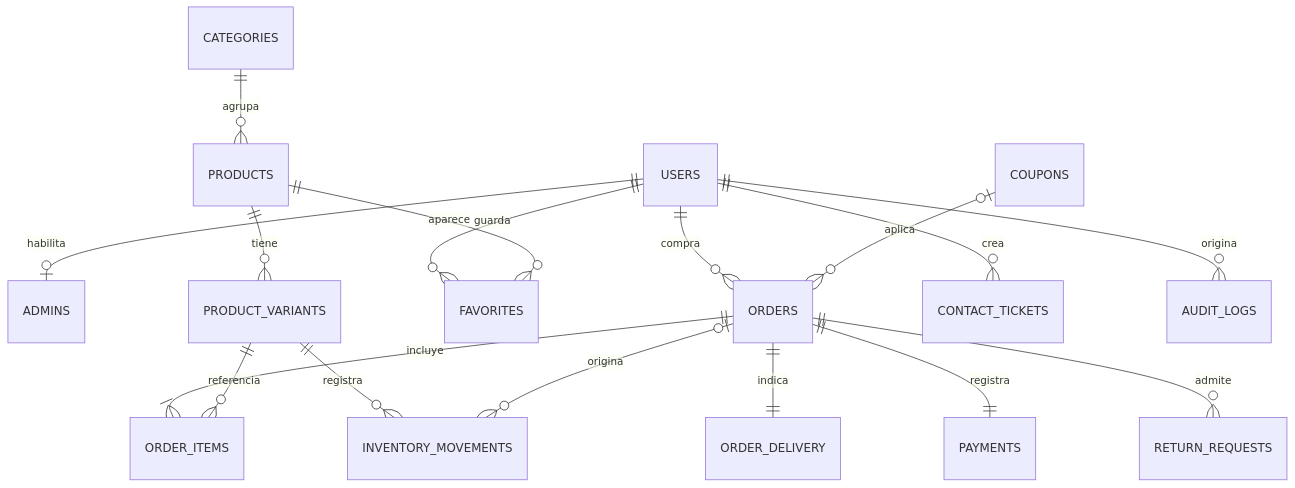
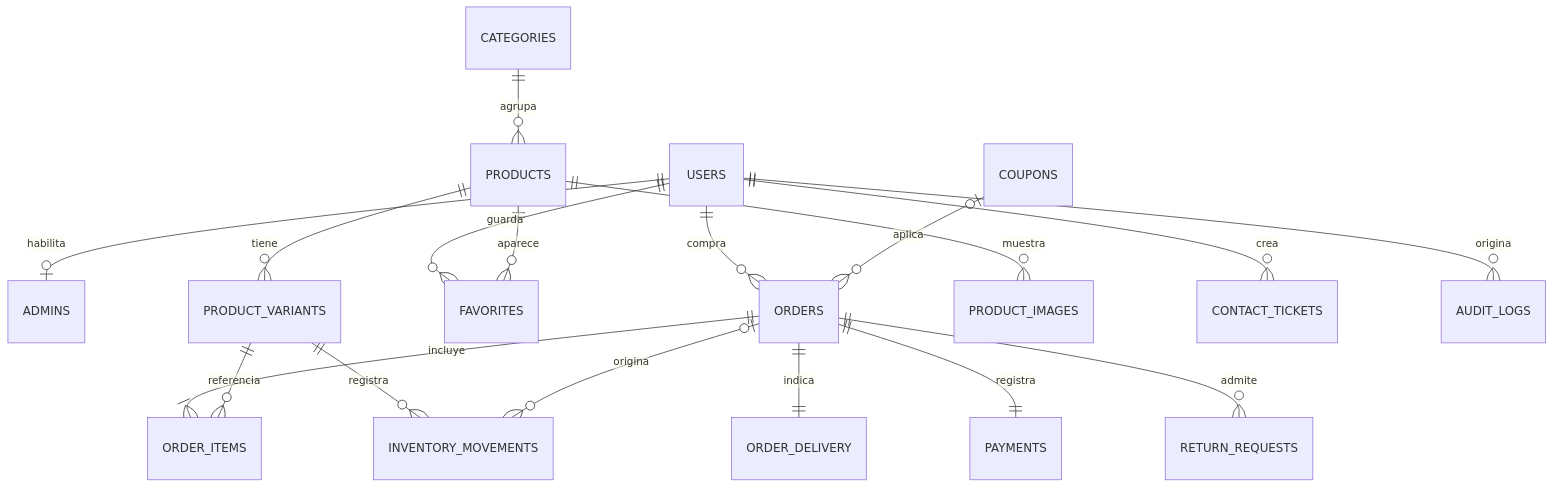
Before and after one commit to barbieriberav-blip/luma-store: the diagram in proyecto_luma/docs/15_POSTGRES_OPERACION.md, drawn with Mermaid. The commit also changed other lines of this file and 114 other files, not shown here.

````diff
--- a/proyecto_luma/docs/15_POSTGRES_OPERACION.md
+++ b/proyecto_luma/docs/15_POSTGRES_OPERACION.md
@@ -5,19 +5,20 @@
 ```mermaid
 erDiagram
  USERS ||--o| ADMINS : habilita
  USERS ||--o{ ORDERS : compra
  USERS ||--o{ FAVORITES : guarda
  PRODUCTS ||--o{ FAVORITES : aparece
  CATEGORIES ||--o{ PRODUCTS : agrupa
  PRODUCTS ||--o{ PRODUCT_VARIANTS : tiene
+ PRODUCTS ||--o{ PRODUCT_IMAGES : muestra
  COUPONS o|--o{ ORDERS : aplica
  ORDERS ||--|| ORDER_DELIVERY : indica
  ORDERS ||--|| PAYMENTS : registra
  ORDERS ||--|{ ORDER_ITEMS : incluye
  PRODUCT_VARIANTS ||--o{ ORDER_ITEMS : referencia
  PRODUCT_VARIANTS ||--o{ INVENTORY_MOVEMENTS : registra
  ORDERS o|--o{ INVENTORY_MOVEMENTS : origina
  ORDERS ||--o{ RETURN_REQUESTS : admite
  USERS ||--o{ CONTACT_TICKETS : crea
  USERS ||--o{ AUDIT_LOGS : origina
 ```
````
